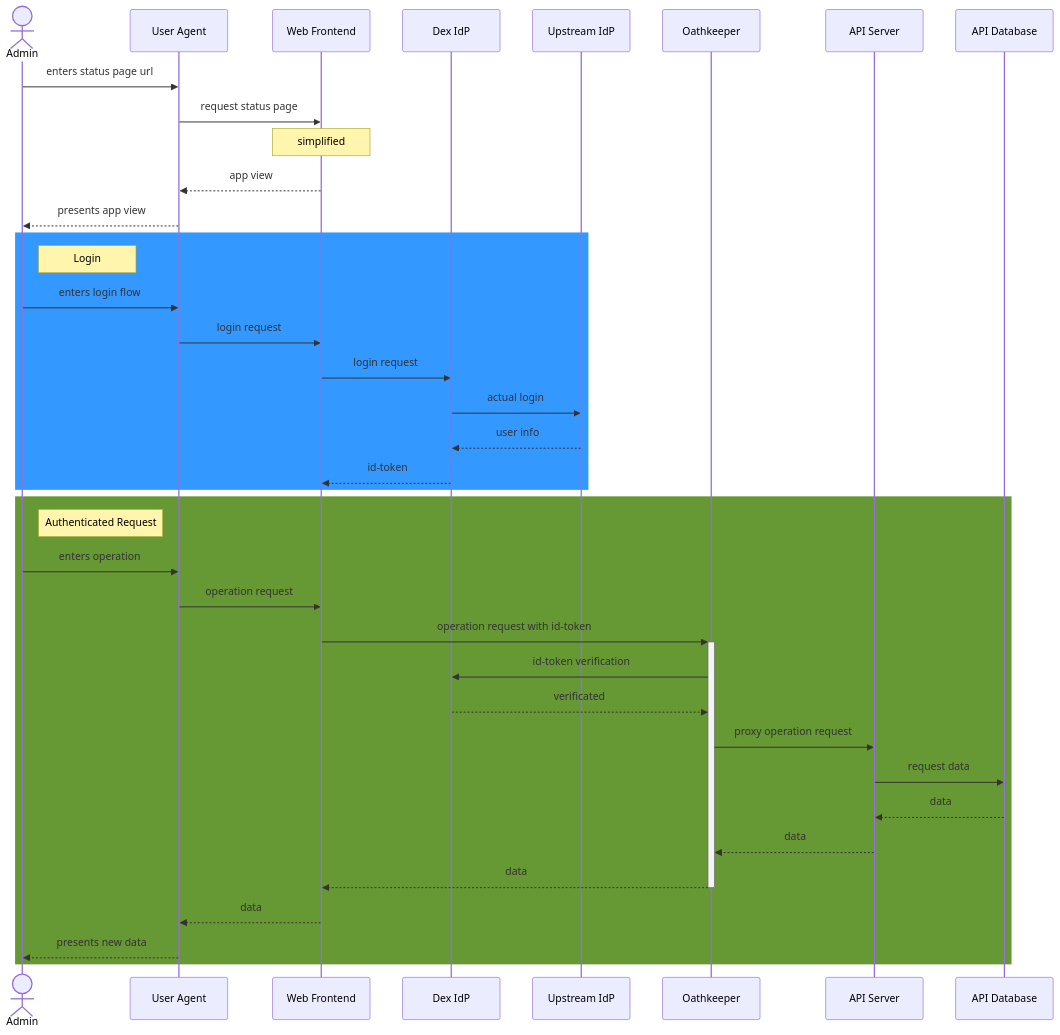
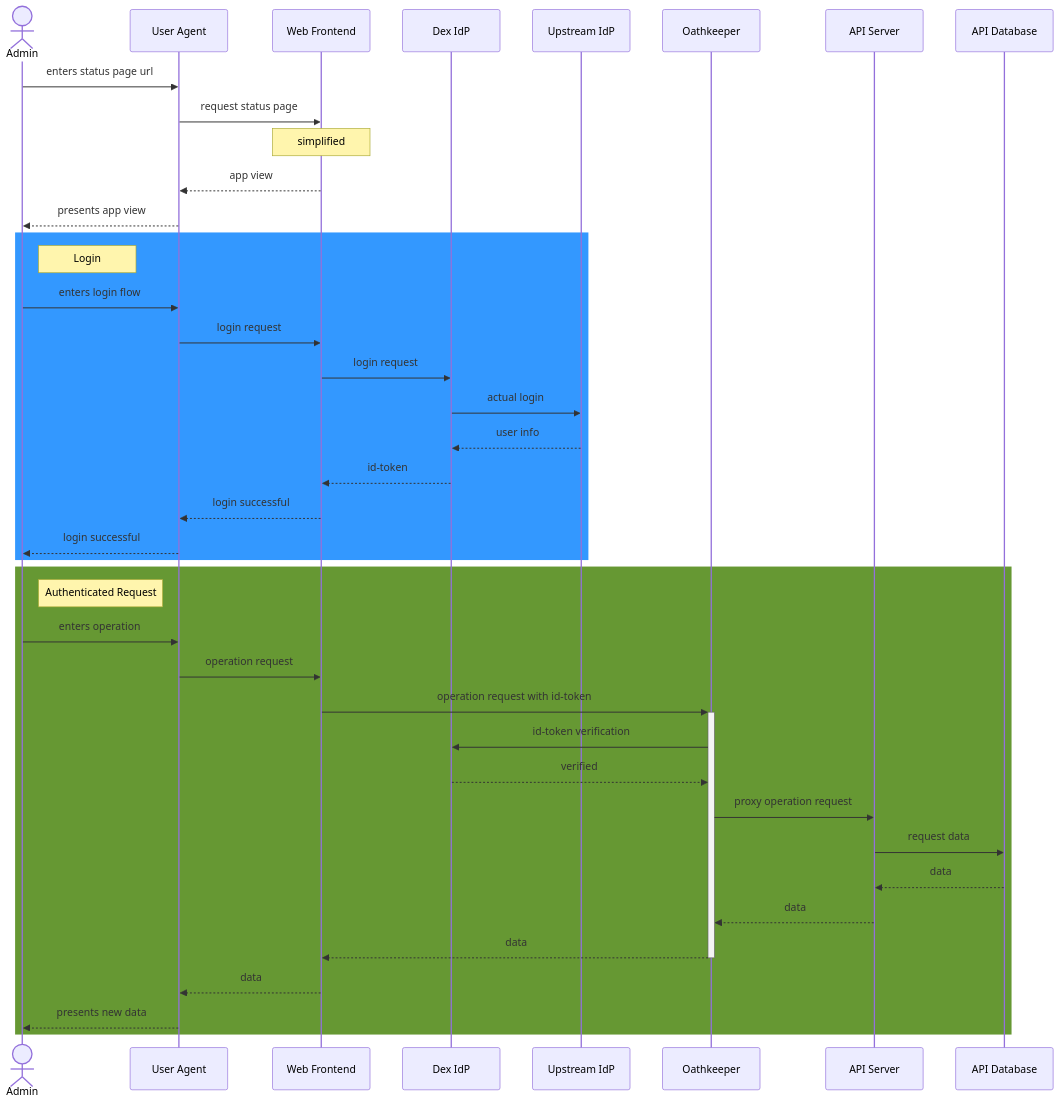
Before and after one commit to SovereignCloudStack/status-page-deployment: the second of 2 diagrams in docs/overview.md, drawn with Mermaid.

Commit message:
fix typo and login response

````diff
--- a/docs/overview.md
+++ b/docs/overview.md
@@ -34,44 +34,46 @@
 ```mermaid
 sequenceDiagram
 actor admin as Admin
 participant useragent as User Agent
 participant web as Web Frontend
 participant dex as Dex IdP
 participant idp as Upstream IdP
 participant oathkeeper as Oathkeeper
 participant api as API Server
 participant db as API Database
 
 admin->>useragent: enters status page url
 useragent->>web: request status page
 note over web: simplified
 web-->>useragent: app view
 useragent-->>admin: presents app view
 
 rect rgba(0,127,255,0.8)
     note right of admin: Login
     admin->>useragent: enters login flow
     useragent->>web: login request
     web->>dex: login request
     dex->>idp: actual login
     idp-->>dex: user info
     dex-->>web: id-token
+    web-->>useragent: login successful
+    useragent-->>admin: login successful
 end
 
 rect rgba(64,127,0, 0.8)
     note right of admin: Authenticated Request
     admin->>useragent: enters operation
     useragent->>web: operation request
     web->>+oathkeeper: operation request with id-token
     oathkeeper->>dex: id-token verification
-    dex-->>oathkeeper: verificated
+    dex-->>oathkeeper: verified
     oathkeeper->>api: proxy operation request
     api->>db: request data
     db-->>api: data
     api-->>oathkeeper: data
     oathkeeper-->>-web: data
     web-->>useragent: data
     useragent-->>admin: presents new data
 end
 
 ```
````
